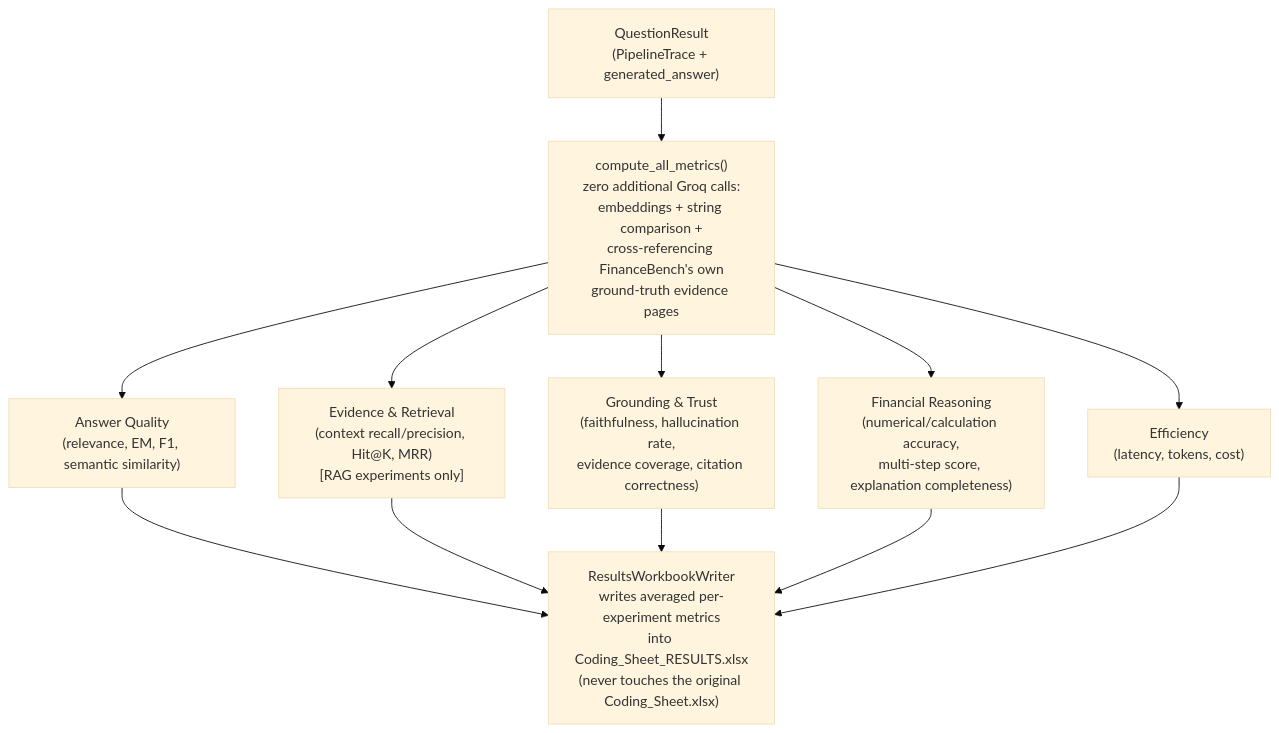
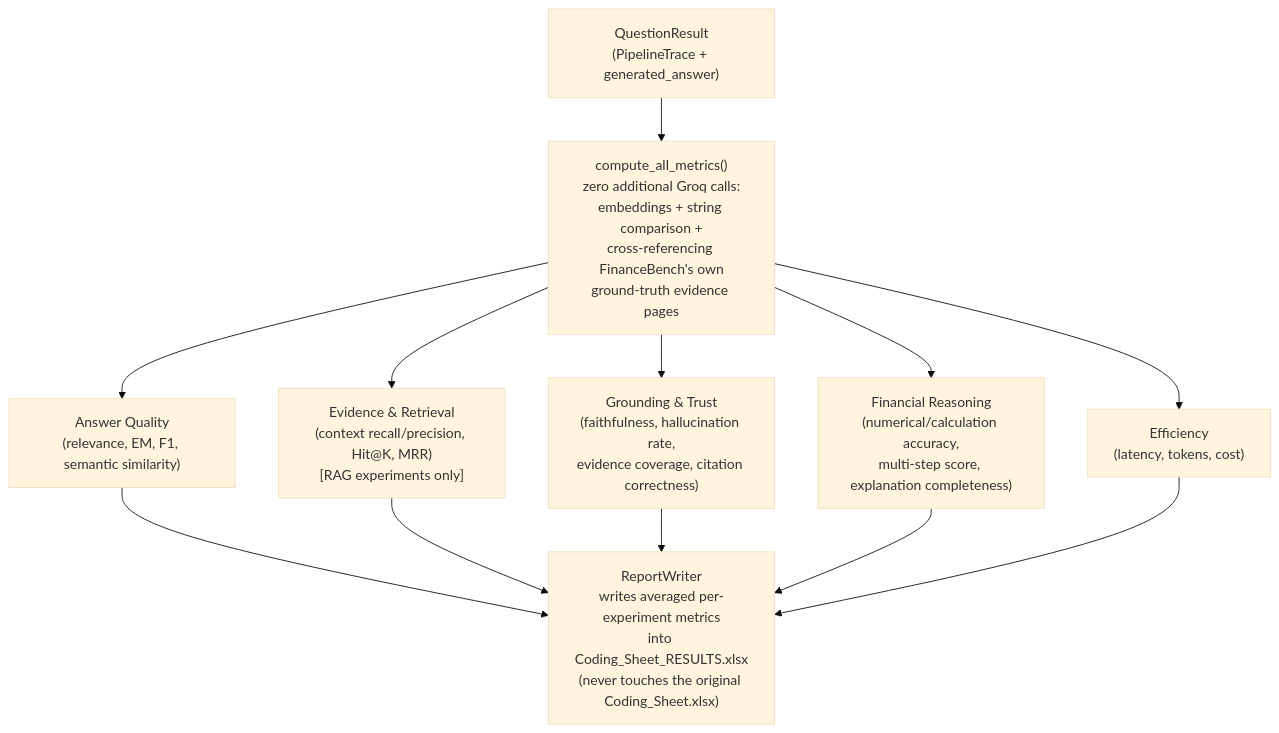
One commit to mkviswanadh/finagent_rag changed the fifth of 5 diagrams in docs/ARCHITECTURE_FLOW.md. Above: the diagram before and after it, drawn with Mermaid (base theme). The commit also changed 5 other files, not shown here.

First line of the commit message:
Rename workbook_writer.py/ResultsWorkbookWriter to report_writer.py/ReportWriter

````diff
--- a/docs/ARCHITECTURE_FLOW.md
+++ b/docs/ARCHITECTURE_FLOW.md
@@ -129,10 +129,10 @@
 ```mermaid
 flowchart TD
     A["QuestionResult\n(PipelineTrace + generated_answer)"] --> B["compute_all_metrics()\nzero additional Groq calls:\nembeddings + string comparison +\ncross-referencing FinanceBench's own\nground-truth evidence pages"]
     B --> C1["Answer Quality\n(relevance, EM, F1, semantic similarity)"]
     B --> C2["Evidence & Retrieval\n(context recall/precision, Hit@K, MRR)\n[RAG experiments only]"]
     B --> C3["Grounding & Trust\n(faithfulness, hallucination rate,\nevidence coverage, citation correctness)"]
     B --> C4["Financial Reasoning\n(numerical/calculation accuracy,\nmulti-step score, explanation completeness)"]
     B --> C5["Efficiency\n(latency, tokens, cost)"]
-    C1 & C2 & C3 & C4 & C5 --> D["ResultsWorkbookWriter\nwrites averaged per-experiment metrics\ninto Coding_Sheet_RESULTS.xlsx\n(never touches the original Coding_Sheet.xlsx)"]
+    C1 & C2 & C3 & C4 & C5 --> D["ReportWriter\nwrites averaged per-experiment metrics\ninto Coding_Sheet_RESULTS.xlsx\n(never touches the original Coding_Sheet.xlsx)"]
 ```
````
